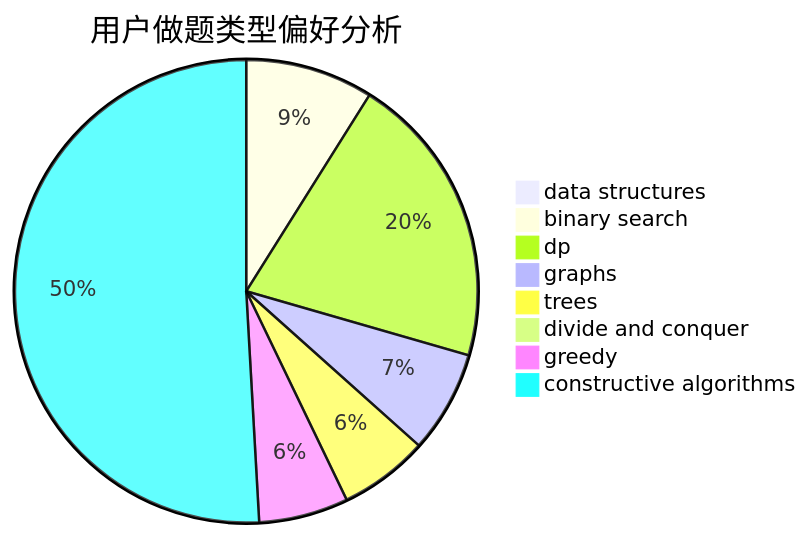
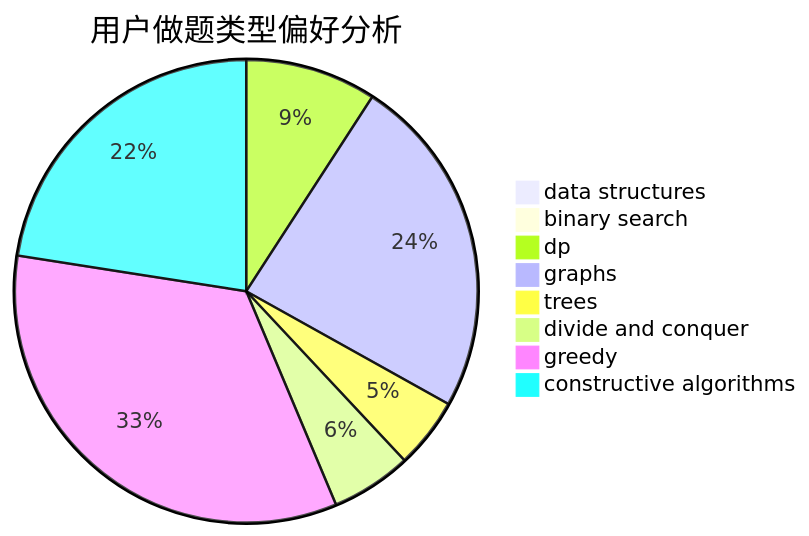
The second of 3 diagrams in docs/user/u1760.md (sherpahu/cfrs.github.io), drawn with Mermaid before and after one commit. The commit also changed other lines of this file and 2770 other files, not shown here.

````diff
--- a/docs/user/u1760.md
+++ b/docs/user/u1760.md
@@ -23,11 +23,11 @@
 ```mermaid
 pie title 用户做题类型偏好分析
     "data structures" :  1
-    "binary search" :  10
-    "dp" :  23
-    "graphs" :  8
+    "binary search" :  1
+    "dp" :  13
+    "graphs" :  34
     "trees" :  7
-    "divide and conquer" :  0
-    "greedy" :  7
-    "constructive algorithms" :  57
+    "divide and conquer" :  8
+    "greedy" :  48
+    "constructive algorithms" :  32
 ```
````
